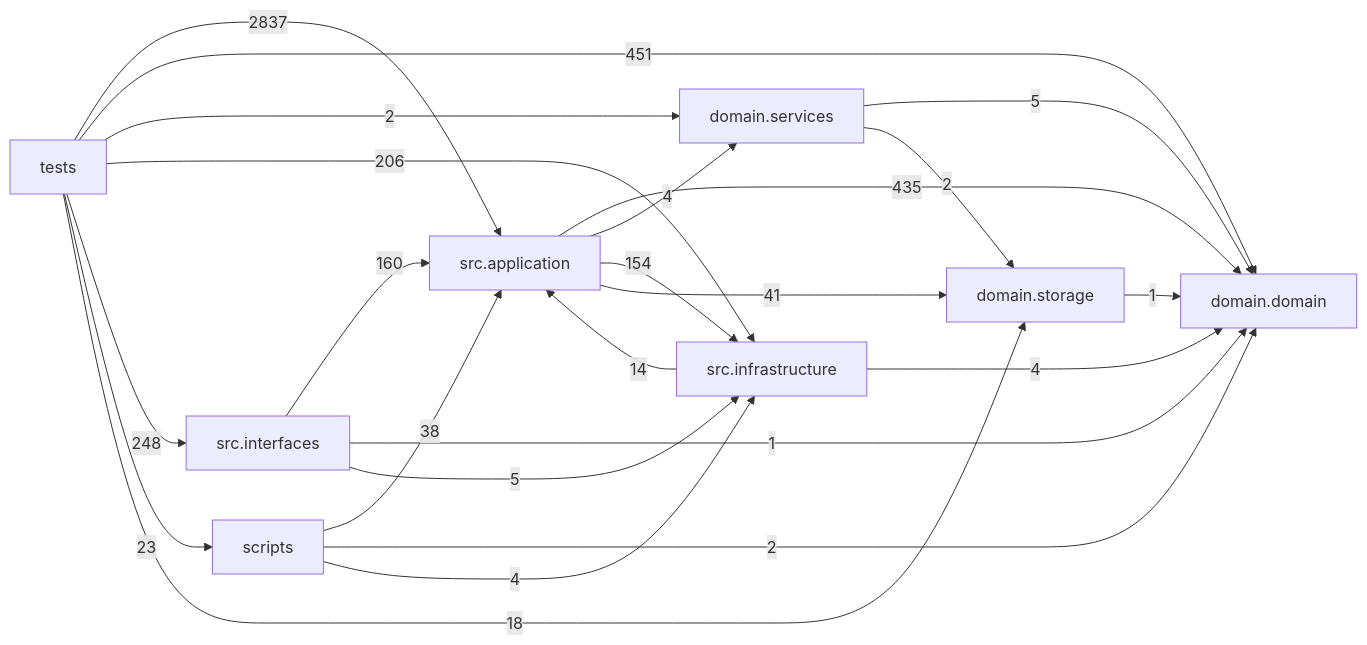
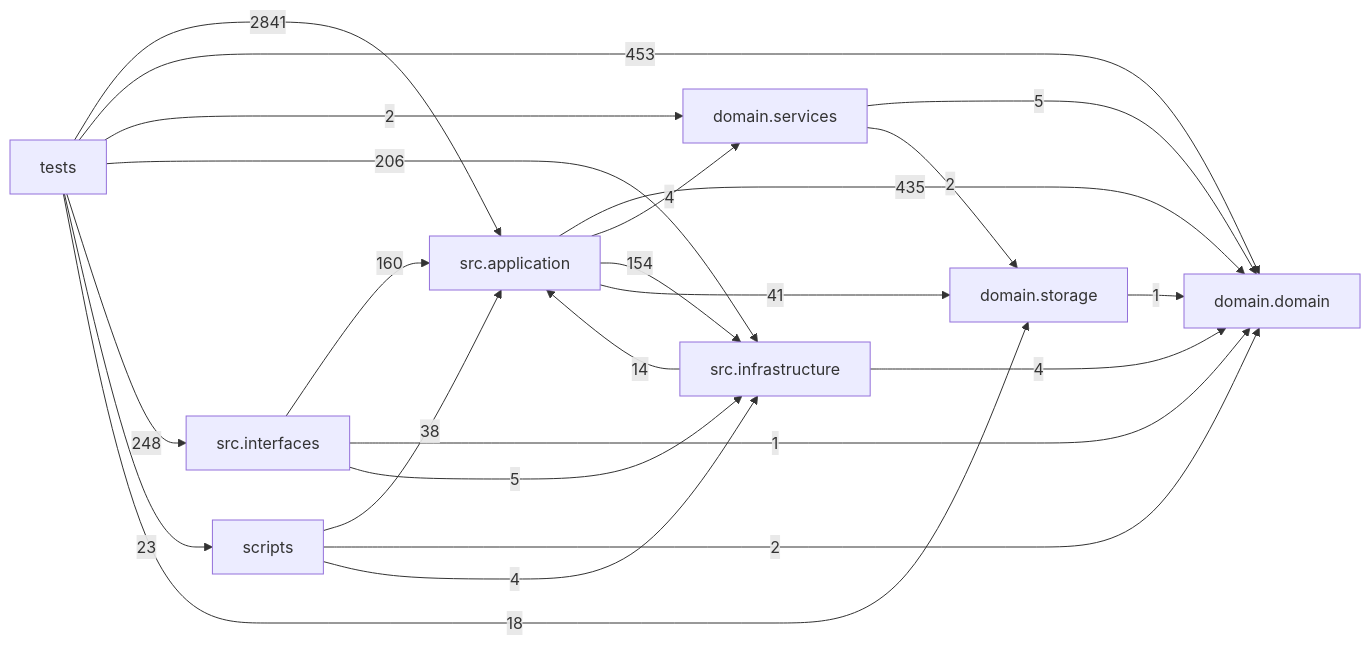
The diagram in docs/DEPENDENCY_GRAPH.md (liuxie066/options-monitor), drawn with Mermaid before and after one commit. The commit also changed other lines of this file and 7 other files, not shown here.

````diff
--- a/docs/DEPENDENCY_GRAPH.md
+++ b/docs/DEPENDENCY_GRAPH.md
@@ -24,33 +24,33 @@
 ```mermaid
 flowchart LR
   tests["tests"]
   scripts["scripts"]
   interfaces["src.interfaces"]
   application["src.application"]
   infrastructure["src.infrastructure"]
   domain_services["domain.services"]
   domain["domain.domain"]
   storage["domain.storage"]
   application -->|435| domain
   application -->|4| domain_services
   application -->|154| infrastructure
   application -->|41| storage
   domain_services -->|5| domain
   domain_services -->|2| storage
   infrastructure -->|14| application
   infrastructure -->|4| domain
   interfaces -->|160| application
   interfaces -->|1| domain
   interfaces -->|5| infrastructure
   scripts -->|38| application
   scripts -->|2| domain
   scripts -->|4| infrastructure
   storage -->|1| domain
-  tests -->|2837| application
-  tests -->|451| domain
+  tests -->|2841| application
+  tests -->|453| domain
   tests -->|2| domain_services
   tests -->|206| infrastructure
   tests -->|248| interfaces
   tests -->|23| scripts
   tests -->|18| storage
 ```
````
